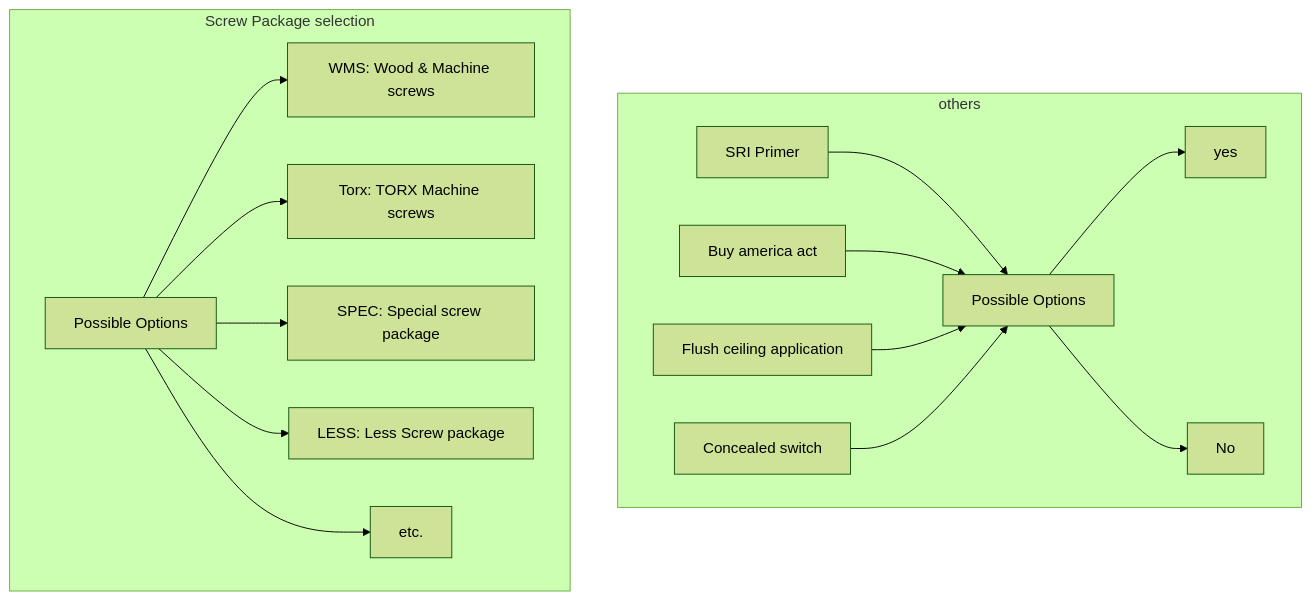
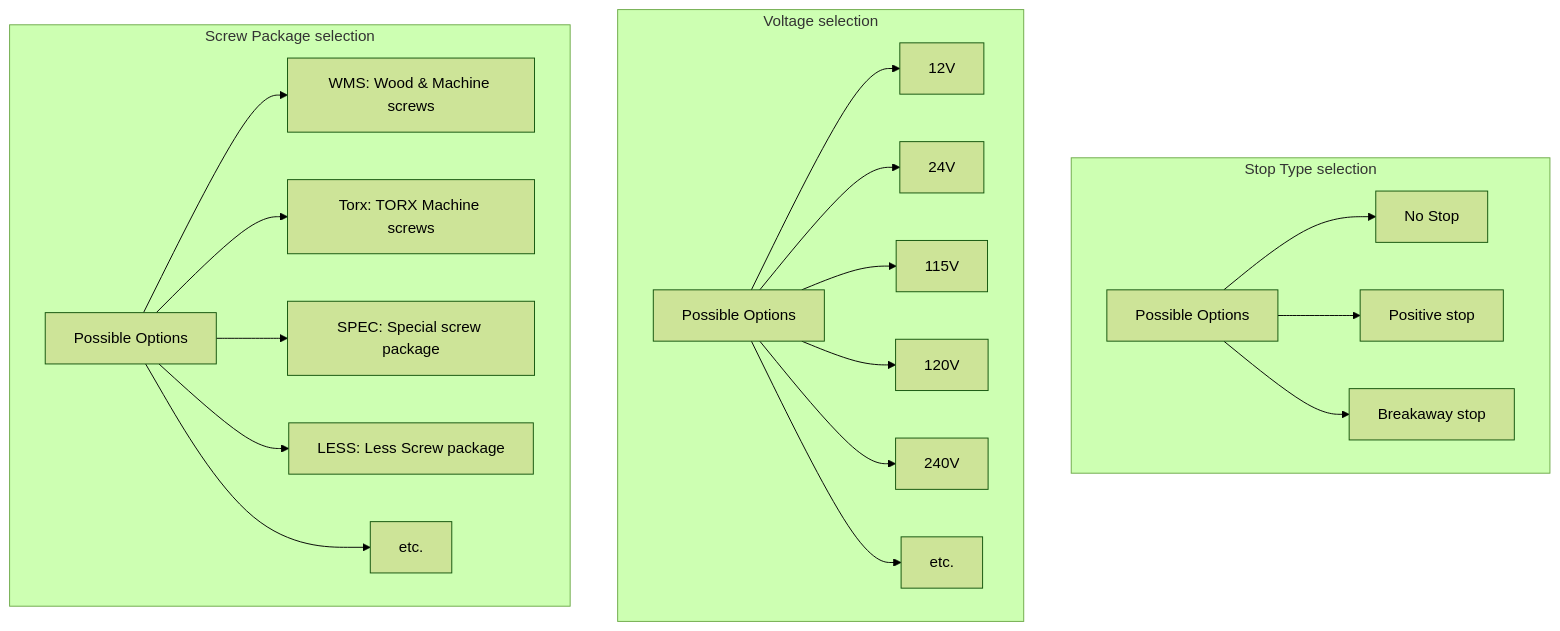
Before and after one commit to alokdas81/diamond-pricebook-diagram: diagram 23 of 26 in README.md, drawn with Mermaid (forest theme). The commit also changed other lines of this file, not shown here.

````diff
--- a/README.md
+++ b/README.md
@@ -999,27 +999,27 @@
 ```mermaid
 graph TB
 
-subgraph others
-G[SRI Primer]
-H[Buy america act]
-I[Flush ceiling application]
-J[Concealed switch]
-P[Possible Options]
-G --> P 
-H --> P 
-I --> P 
-J --> P 
-P --> Y[yes] 
-P --> N[No] 
+subgraph Stop Type selection
+N[Possible Options] --> O[No Stop]
+N --> P[Positive stop]
+N --> Q[Breakaway stop]
+end
+
+subgraph Voltage selection
+G[Possible Options] --> H[12V]
+G --> I[24V]
+G --> J[115V]
+G --> K[120V]
+G --> L[240V]
+G --> M[etc.]
 end
 
 subgraph Screw Package selection
 A[Possible Options] --> B[WMS: Wood & Machine screws]
 A --> C[Torx: TORX Machine screws]
 A --> D[SPEC: Special screw package]
 A --> E[LESS: Less Screw package]
 A --> F[etc.]
 end
 
-
 ```
````
